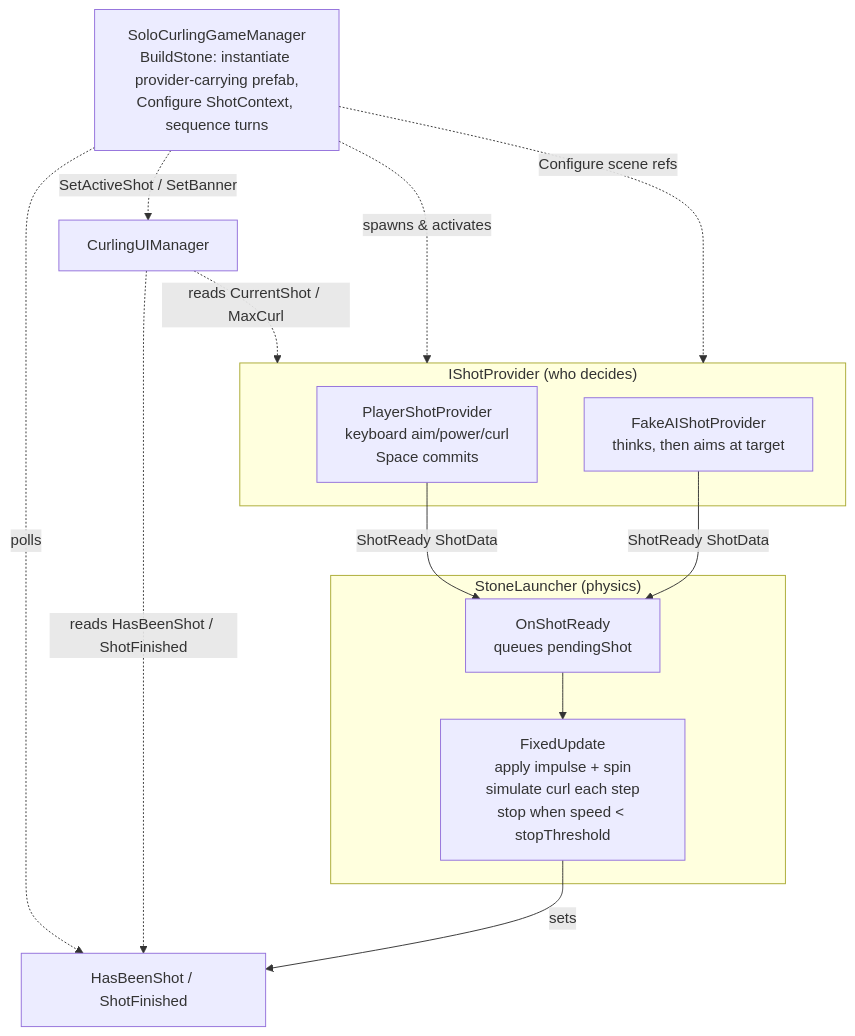
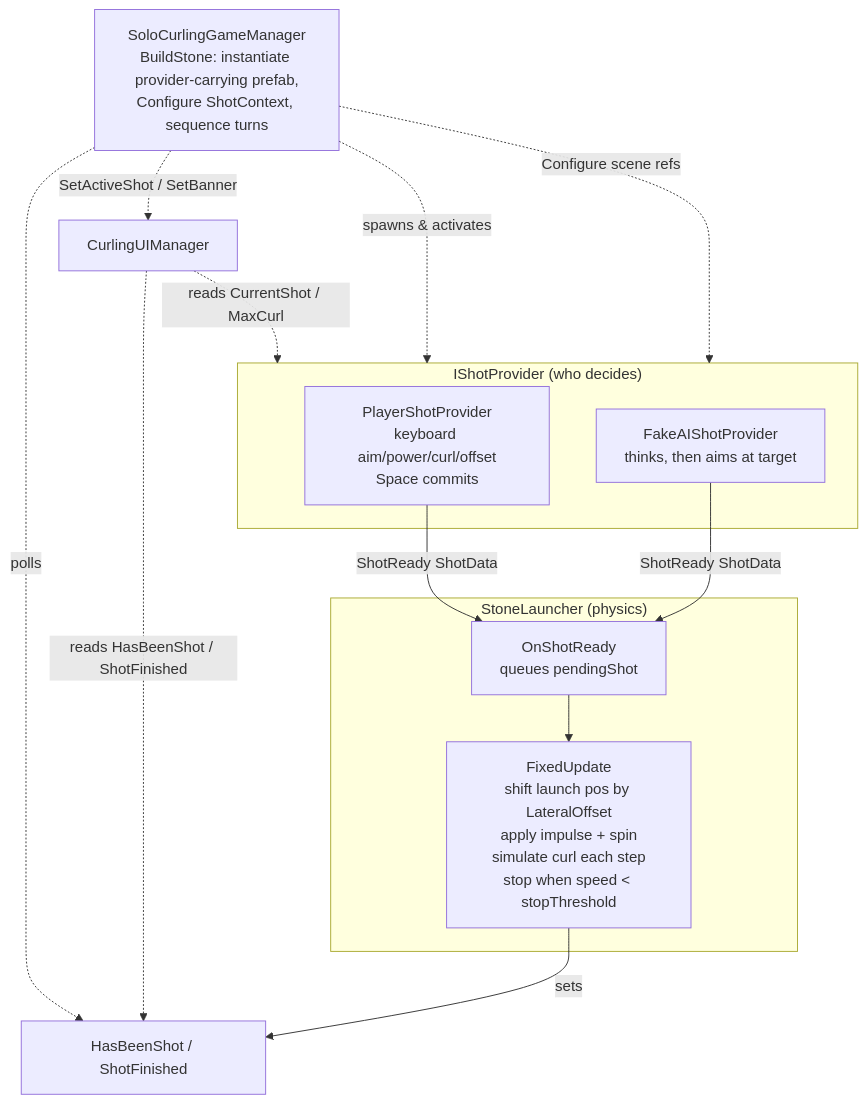
The diagram in Assets/Scripts/CurlingRoundScript/README.md (mickaelbressieux/CSM), drawn with Mermaid before and after one commit. The commit also changed other lines of this file and 7 other files, not shown here.

````diff
--- a/Assets/Scripts/CurlingRoundScript/README.md
+++ b/Assets/Scripts/CurlingRoundScript/README.md
@@ -67,28 +73,28 @@
 ```mermaid
 flowchart TD
     subgraph Providers["IShotProvider (who decides)"]
-        P[PlayerShotProvider<br/>keyboard aim/power/curl<br/>Space commits]
+        P[PlayerShotProvider<br/>keyboard aim/power/curl/offset<br/>Space commits]
         A[FakeAIShotProvider<br/>thinks, then aims at target]
     end
 
     P -->|ShotReady ShotData| L
     A -->|ShotReady ShotData| L
 
     subgraph Launcher["StoneLauncher (physics)"]
         L[OnShotReady<br/>queues pendingShot]
-        F[FixedUpdate<br/>apply impulse + spin<br/>simulate curl each step<br/>stop when speed < stopThreshold]
+        F[FixedUpdate<br/>shift launch pos by LateralOffset<br/>apply impulse + spin<br/>simulate curl each step<br/>stop when speed < stopThreshold]
         L --> F
     end
 
     F -->|sets| S[HasBeenShot / ShotFinished]
 
     M[SoloCurlingGameManager<br/>BuildStone: instantiate provider-carrying prefab,<br/>Configure ShotContext, sequence turns]
     M -.->|spawns & activates| Providers
     M -.->|Configure scene refs| Providers
     M -.->|polls| S
 
     U[CurlingUIManager]
     U -.->|reads CurrentShot / MaxCurl| Providers
     U -.->|reads HasBeenShot / ShotFinished| S
     M -.->|SetActiveShot / SetBanner| U
 ```
````
